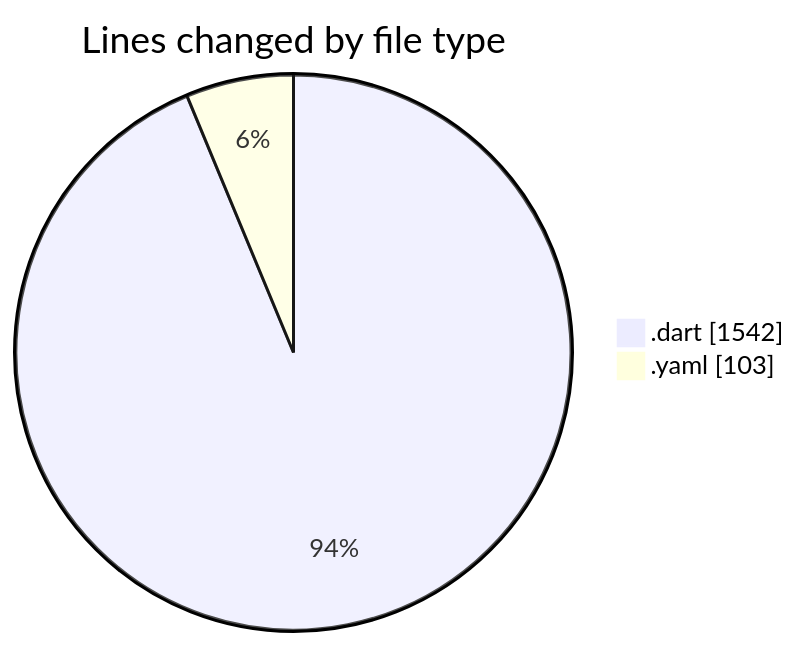
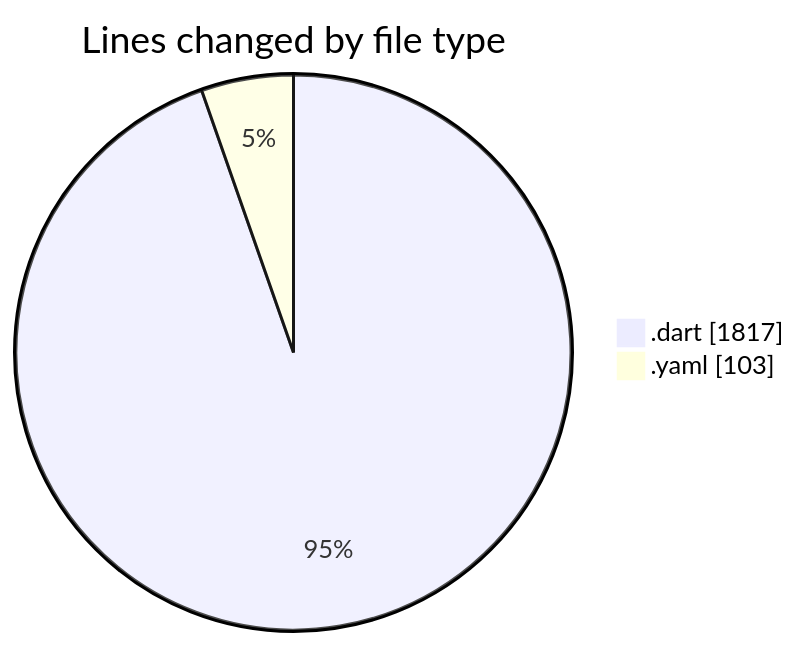
The first of 2 diagrams in 2025-02-25/trackers_app/README.md (donsfak/code-tracking), drawn with Mermaid before and after one commit. The commit also changed other lines of this file and 1 other file, not shown here.

````diff
--- a/2025-02-25/trackers_app/README.md
+++ b/2025-02-25/trackers_app/README.md
@@ -29,6 +30,6 @@
 ```mermaid
 pie showData
 title Lines changed by file type
-".dart" : 1542
+".dart" : 1817
 ".yaml" : 103
 ```
````
